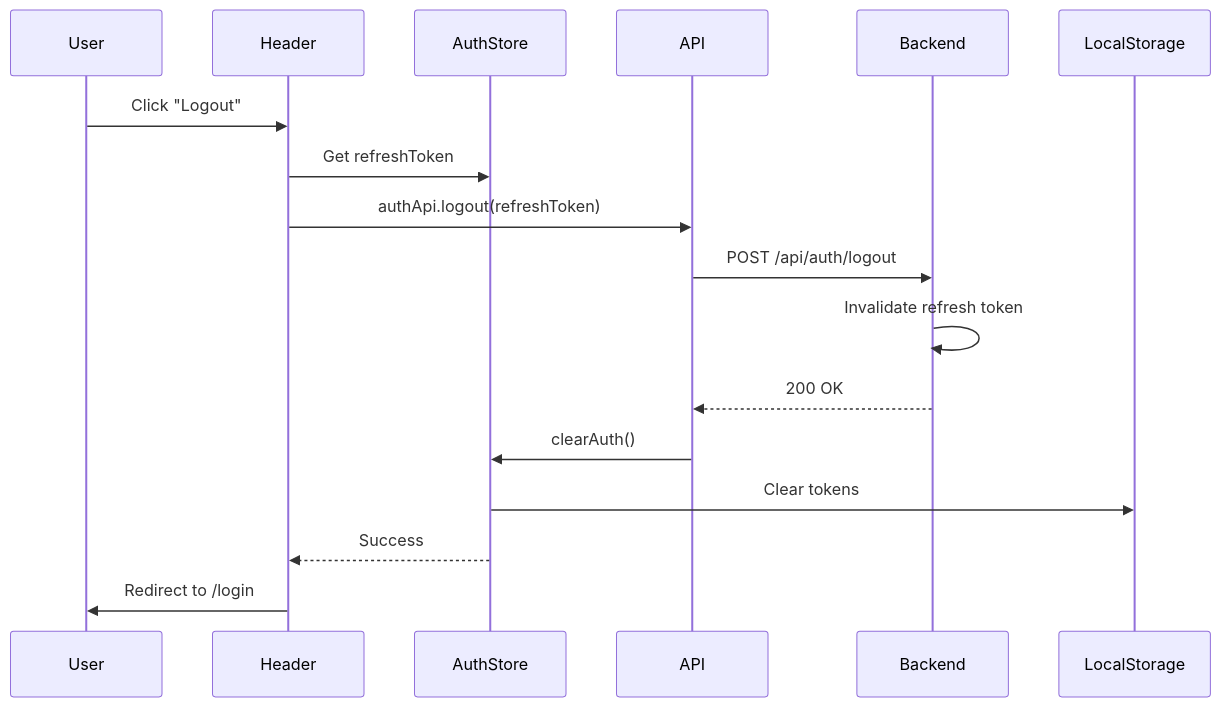
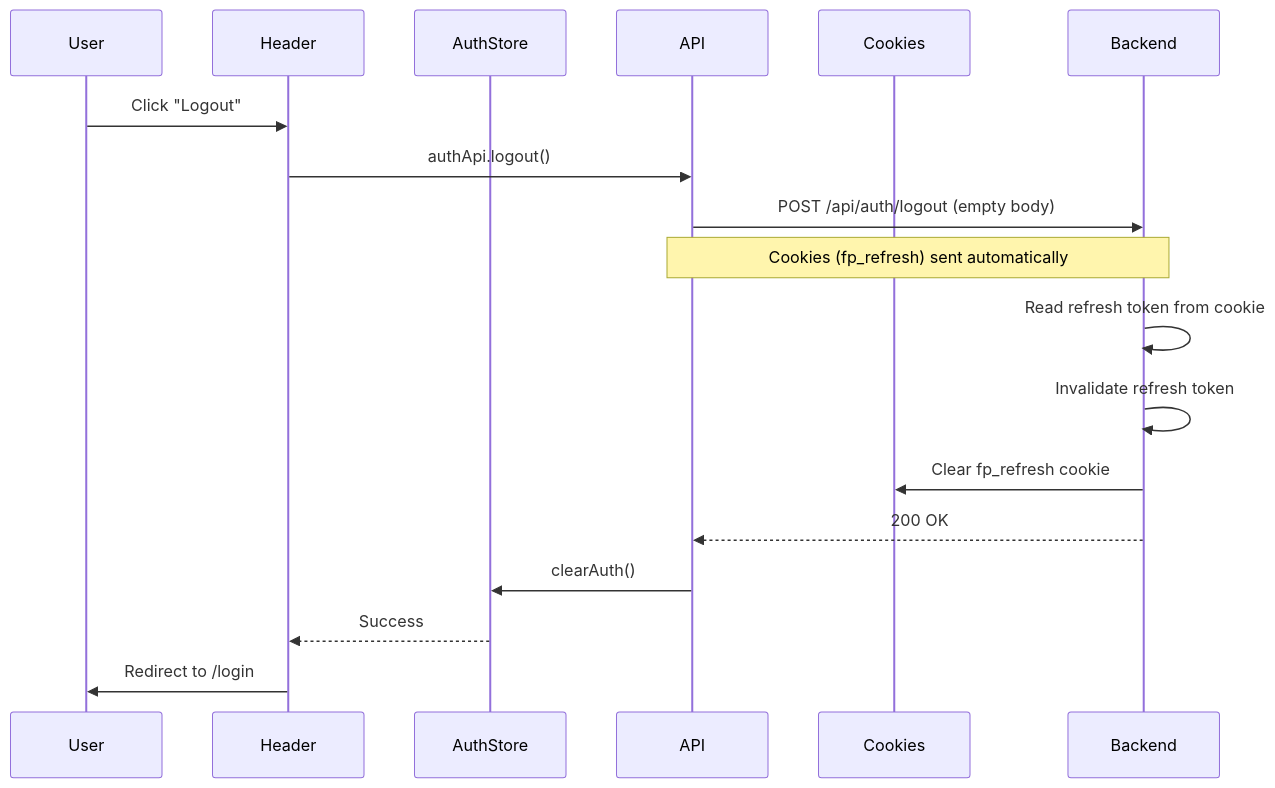
Before and after one commit to darkraise/flashpoint-web: the sixth of 7 diagrams in docs/02-architecture/authentication-flow.md, drawn with Mermaid. The commit also changed other lines of this file and 252 other files, not shown here.

````diff
--- a/docs/02-architecture/authentication-flow.md
+++ b/docs/02-architecture/authentication-flow.md
@@ -339,20 +364,22 @@
 ```mermaid
 sequenceDiagram
     participant User
     participant Header
     participant AuthStore
     participant API
+    participant Cookies
     participant Backend
 
     User->>Header: Click "Logout"
-    Header->>AuthStore: Get refreshToken
-    Header->>API: authApi.logout(refreshToken)
-    API->>Backend: POST /api/auth/logout
+    Header->>API: authApi.logout()
+    API->>Backend: POST /api/auth/logout (empty body)
+    Note over API,Backend: Cookies (fp_refresh) sent automatically
+    Backend->>Backend: Read refresh token from cookie
     Backend->>Backend: Invalidate refresh token
+    Backend->>Cookies: Clear fp_refresh cookie
     Backend-->>API: 200 OK
 
     API->>AuthStore: clearAuth()
-    AuthStore->>LocalStorage: Clear tokens
     AuthStore-->>Header: Success
     Header->>User: Redirect to /login
 ```
````
